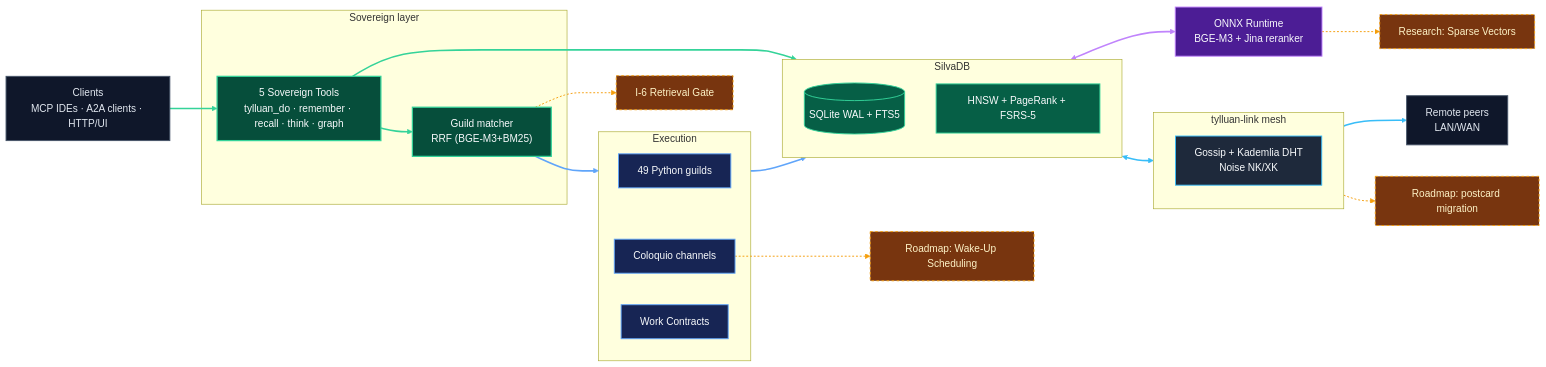
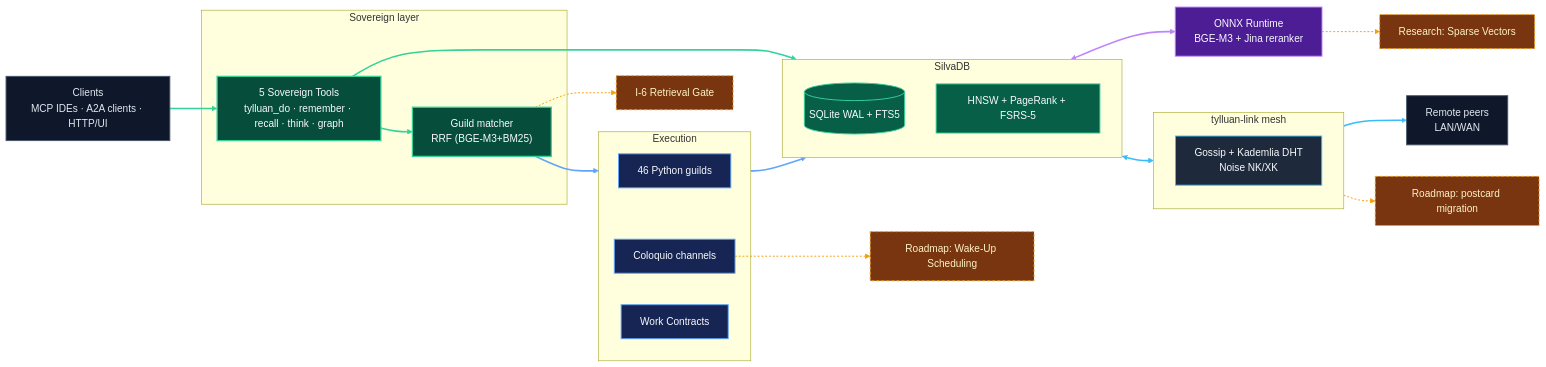
One commit to Forja-orca/tylluan changed the diagram in README.md. Above: the diagram before and after it, drawn with Mermaid. The commit also changed other lines of this file and 1 other file, not shown here.

First line of the commit message:
fix(docs): 46 guilds (was stale 49), wrong port 3030 in OpenClaw/Hermes template

````diff
--- a/README.md
+++ b/README.md
@@ -313,68 +313,68 @@
 ```mermaid
 flowchart LR
   CLIENTS["Clients<br/>MCP IDEs · A2A clients · HTTP/UI"]
 
   subgraph SOVEREIGN["Sovereign layer"]
     TOOLS["5 Sovereign Tools<br/>tylluan_do · remember · recall · think · graph"]
     ROUTER["Guild matcher<br/>RRF (BGE-M3+BM25)"]
   end
 
   subgraph MEMORY["SilvaDB"]
     SILVA[("SQLite WAL + FTS5")]
     GRAPH["HNSW + PageRank + FSRS-5"]
   end
 
   subgraph EXEC["Execution"]
-    GUILDS["49 Python guilds"]
+    GUILDS["46 Python guilds"]
     COLOQUIO["Coloquio channels"]
     CONTRACTS["Work Contracts"]
   end
 
   INFER["ONNX Runtime<br/>BGE-M3 + Jina reranker"]
 
   subgraph MESH["tylluan-link mesh"]
     P2P["Gossip + Kademlia DHT<br/>Noise NK/XK"]
   end
 
   PEERS["Remote peers<br/>LAN/WAN"]
 
   RGATE["I-6 Retrieval Gate"]:::future
   WAKE["Roadmap: Wake-Up Scheduling"]:::future
   SPARSE["Research: Sparse Vectors"]:::future
   POSTCARD["Roadmap: postcard migration"]:::future
 
   CLIENTS ==> TOOLS
   TOOLS ==> ROUTER
   TOOLS ==> MEMORY
   ROUTER ==> EXEC
   EXEC ==> MEMORY
   MEMORY <==> INFER
   MEMORY <==> MESH
   MESH ==> PEERS
 
   ROUTER -.-> RGATE
   COLOQUIO -.-> WAKE
   INFER -.-> SPARSE
   MESH -.-> POSTCARD
 
   classDef sovStyle fill:#064e3b,stroke:#34d399,color:#f8fafc,stroke-width:2px;
   classDef memStyle fill:#065f46,stroke:#34d399,color:#f8fafc,stroke-width:1.5px;
   classDef execStyle fill:#172554,stroke:#60a5fa,color:#f8fafc,stroke-width:1.5px;
   classDef inferStyle fill:#4c1d95,stroke:#c084fc,color:#f8fafc,stroke-width:1.5px;
   classDef meshStyle fill:#1e293b,stroke:#38bdf8,color:#f8fafc,stroke-width:1.5px;
   classDef extStyle fill:#0f172a,stroke:#475569,color:#e2e8f0,stroke-width:1.5px;
   classDef future fill:#78350f,stroke:#f59e0b,stroke-width:1.5px,stroke-dasharray:4 4,color:#fef3c7;
 
   class CLIENTS,PEERS extStyle;
   class TOOLS,ROUTER sovStyle;
   class SILVA,GRAPH memStyle;
   class GUILDS,COLOQUIO,CONTRACTS execStyle;
   class INFER inferStyle;
   class P2P meshStyle;
 
   linkStyle 0,1,2 stroke:#34d399,stroke-width:2.5px;
   linkStyle 3,4 stroke:#60a5fa,stroke-width:2.5px;
   linkStyle 5 stroke:#c084fc,stroke-width:2.5px;
   linkStyle 6,7 stroke:#38bdf8,stroke-width:2.5px;
   linkStyle 8,9,10,11 stroke:#f59e0b,stroke-width:1.5px,stroke-dasharray:3 3;
 ```
````
